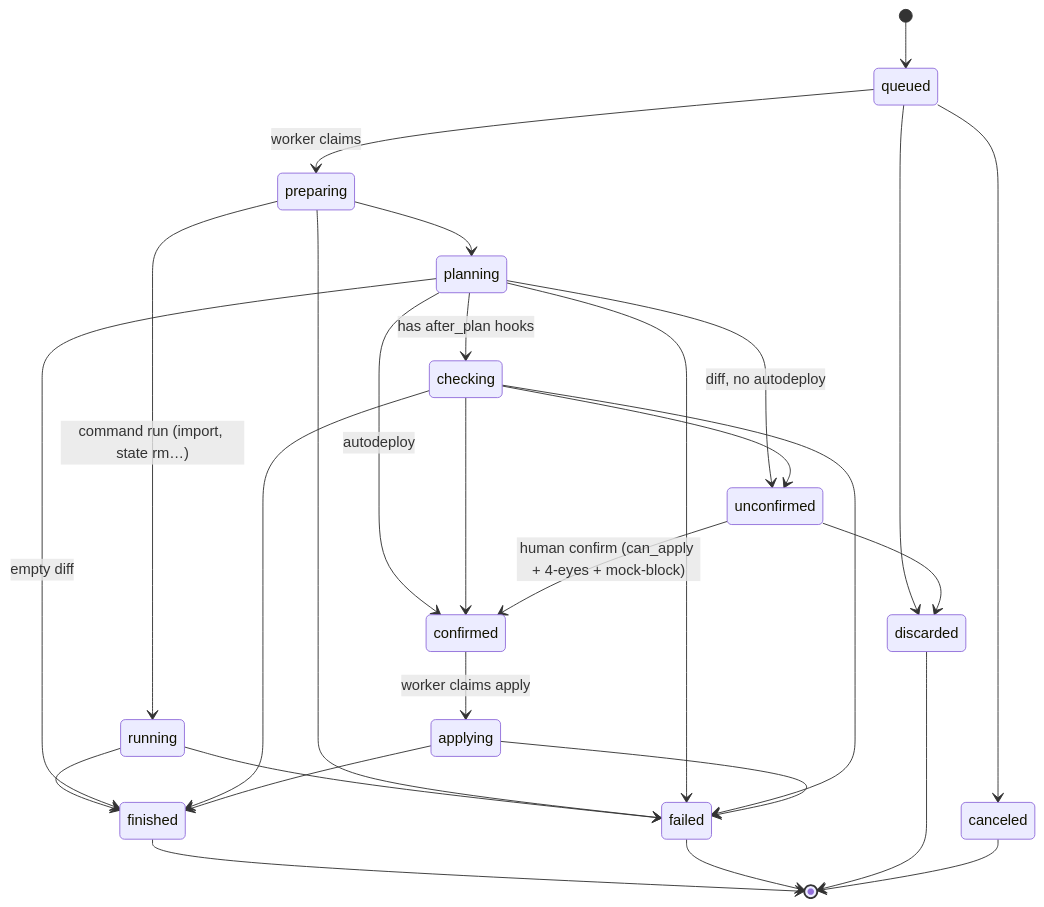
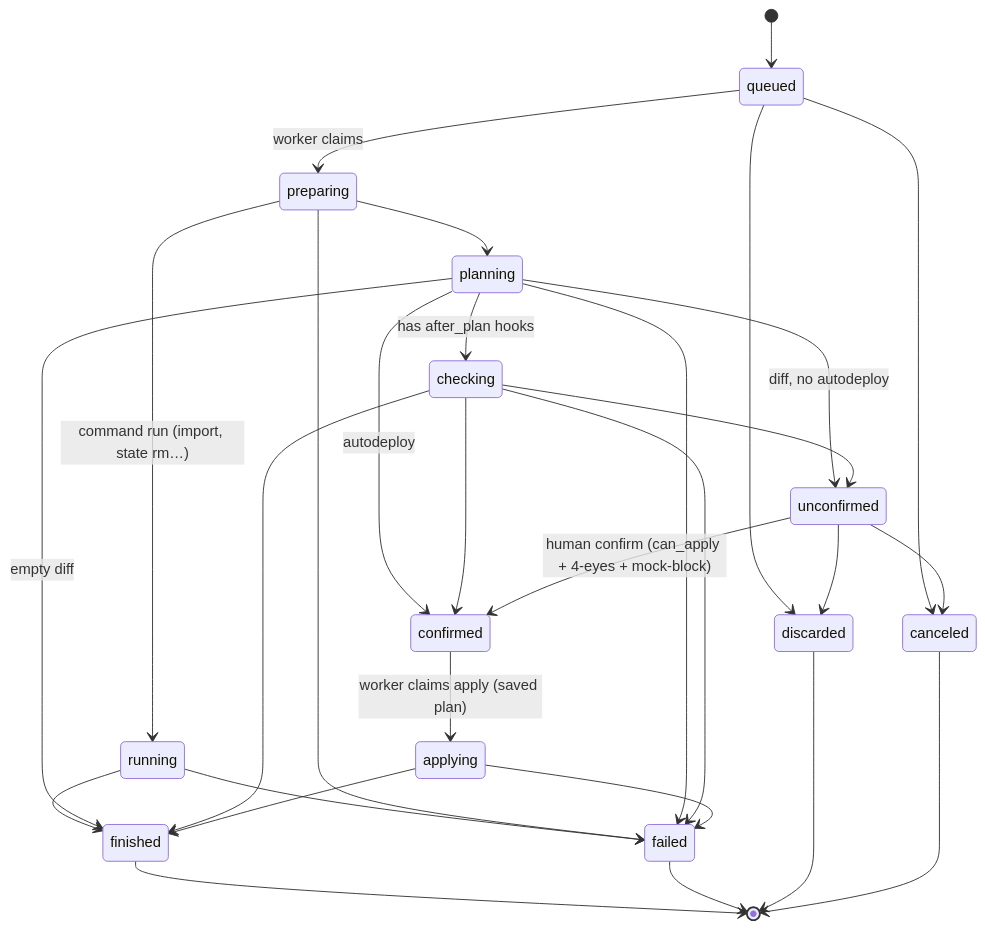
One commit to fmiquel90/stackd changed the second of 6 diagrams in docs/ARCHITECTURE.md. Above: the diagram before and after it, drawn with Mermaid. The commit also changed other lines of this file and 1 other file, not shown here.

First line of the commit message:
docs: align concepts and architecture with saved-plan apply and job-scoped state

````diff
--- a/docs/ARCHITECTURE.md
+++ b/docs/ARCHITECTURE.md
@@ -40,30 +47,31 @@
 ```mermaid
 stateDiagram-v2
     [*] --> queued
     queued --> preparing: worker claims
     queued --> canceled
     queued --> discarded
     preparing --> planning
     preparing --> running: command run (import, state rm…)
     running --> finished
     running --> failed
     preparing --> failed
     planning --> checking: has after_plan hooks
     planning --> unconfirmed: diff, no autodeploy
     planning --> confirmed: autodeploy
     planning --> finished: empty diff
     checking --> unconfirmed
     checking --> confirmed
     checking --> finished
     unconfirmed --> confirmed: human confirm (can_apply + 4-eyes + mock-block)
     unconfirmed --> discarded
-    confirmed --> applying: worker claims apply
+    unconfirmed --> canceled
+    confirmed --> applying: worker claims apply (saved plan)
     applying --> finished
     planning --> failed
     checking --> failed
     applying --> failed
     finished --> [*]
     failed --> [*]
     discarded --> [*]
     canceled --> [*]
 ```
````
